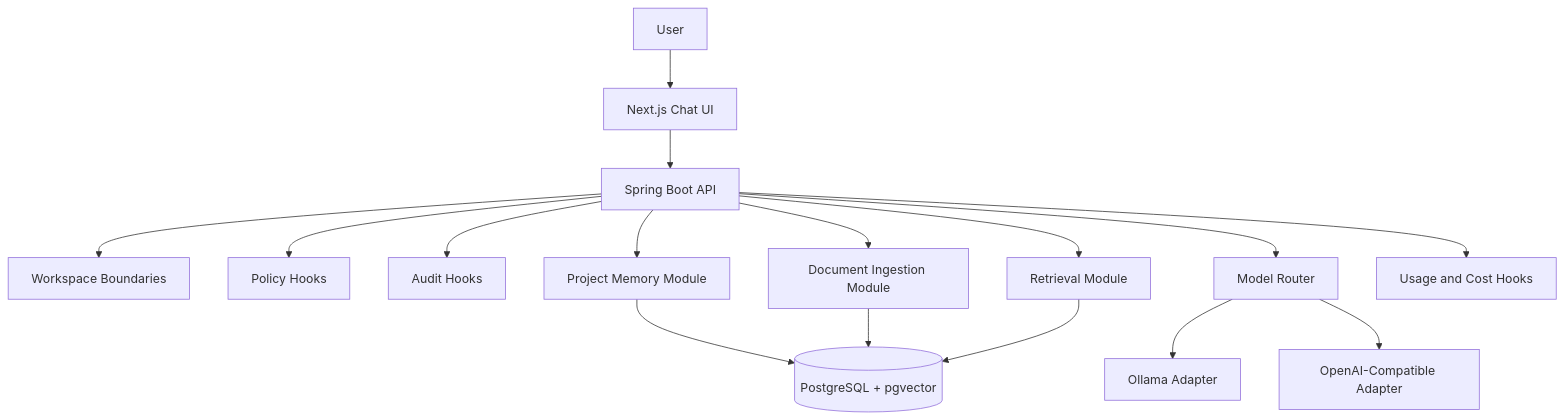
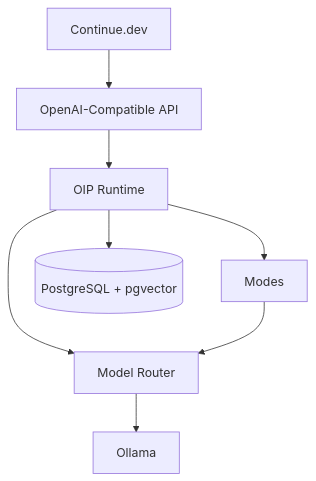
Before and after one commit to dcfrancisco/open-intelligence-platform: the first of 3 diagrams in docs/mvp.md, drawn with Mermaid. The commit also changed other lines of this file and 13 other files, not shown here.

First line of the commit message:
Implement OpenAI-compatible API for chat completions and model listing

````diff
--- a/docs/mvp.md
+++ b/docs/mvp.md
@@ -64,18 +63,18 @@
 ```mermaid
 flowchart TD
-    User[User] --> UI[Next.js Chat UI]
-    UI --> API[Spring Boot API]
-    API --> Workspace[Workspace Boundaries]
-    API --> Policy[Policy Hooks]
-    API --> Audit[Audit Hooks]
-    API --> Memory[Project Memory Module]
-    API --> Ingest[Document Ingestion Module]
-    API --> Retrieve[Retrieval Module]
-    API --> Router[Model Router]
-    API --> Cost[Usage and Cost Hooks]
-    Memory --> DB[(PostgreSQL + pgvector)]
-    Ingest --> DB[(PostgreSQL + pgvector)]
-    Retrieve --> DB
-    Router --> Ollama[Ollama Adapter]
-    Router --> OpenAICompat[OpenAI-Compatible Adapter]
+    Continue[Continue.dev]
+    AssistantAPI[OpenAI-Compatible API]
+    Runtime[OIP Runtime]
+    Modes[Modes]
+    Router[Model Router]
+    Ollama[Ollama]
+    DB[(PostgreSQL + pgvector)]
+
+    Continue --> AssistantAPI
+    AssistantAPI --> Runtime
+    Runtime --> Modes
+    Runtime --> Router
+    Runtime --> DB
+    Modes --> Router
+    Router --> Ollama
 ```
````
